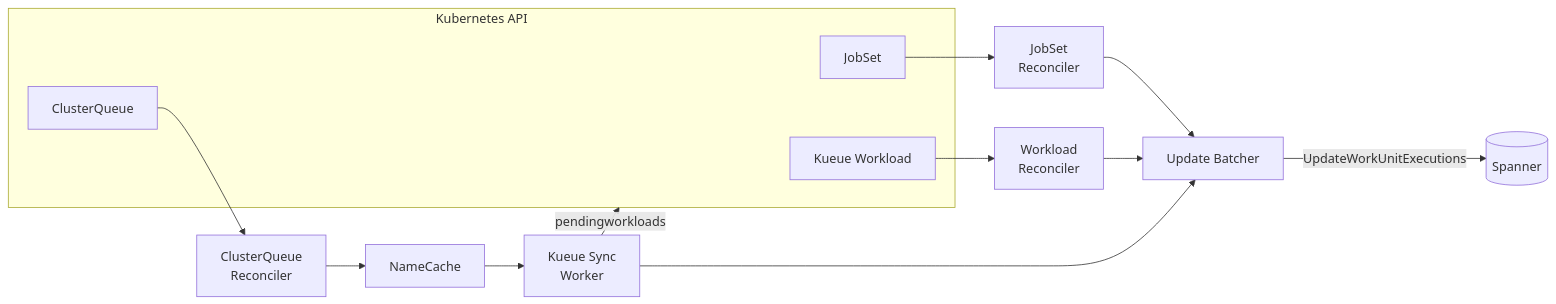
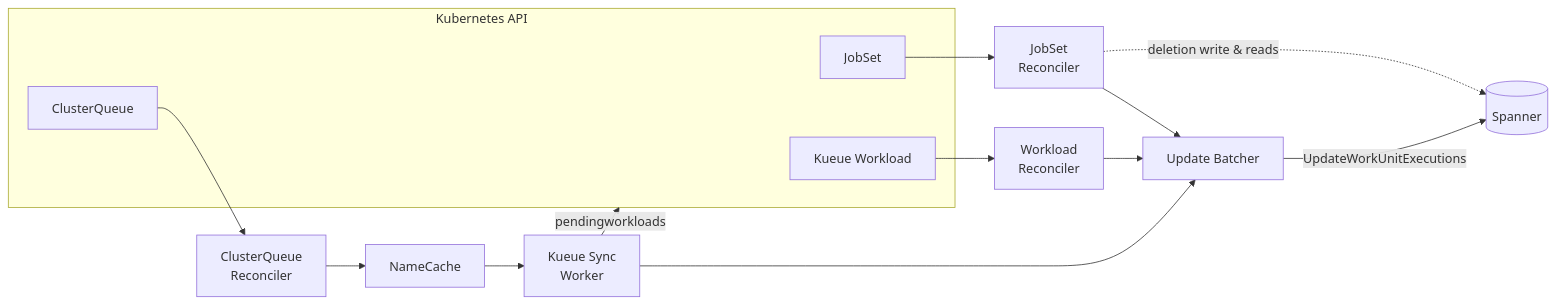
Before and after one commit to google/xmc: the first of 5 diagrams in docs/flows/reconciliation.md, drawn with Mermaid. The commit also changed other lines of this file and 4 other files, not shown here.

````diff
--- a/docs/flows/reconciliation.md
+++ b/docs/flows/reconciliation.md
@@ -26,20 +28,21 @@
 ```mermaid
 graph LR
     subgraph K8s["Kubernetes API"]
         JS["JobSet"]
         WL["Kueue Workload"]
         CQ["ClusterQueue"]
     end
 
     JS --> JSR["JobSet<br/>Reconciler"]
     WL --> WLR["Workload<br/>Reconciler"]
     CQ --> CQR["ClusterQueue<br/>Reconciler"]
     CQR --> NC["NameCache"]
     NC --> KS["Kueue Sync<br/>Worker"]
     KS -->|"pendingworkloads"| K8s
 
     JSR --> B["Update Batcher"]
+    JSR -.->|"deletion write & reads"| SP[("Spanner")]
     WLR --> B
     KS --> B
-    B -->|"UpdateWorkUnitExecutions"| SP[("Spanner")]
+    B -->|"UpdateWorkUnitExecutions"| SP
 ```
````
